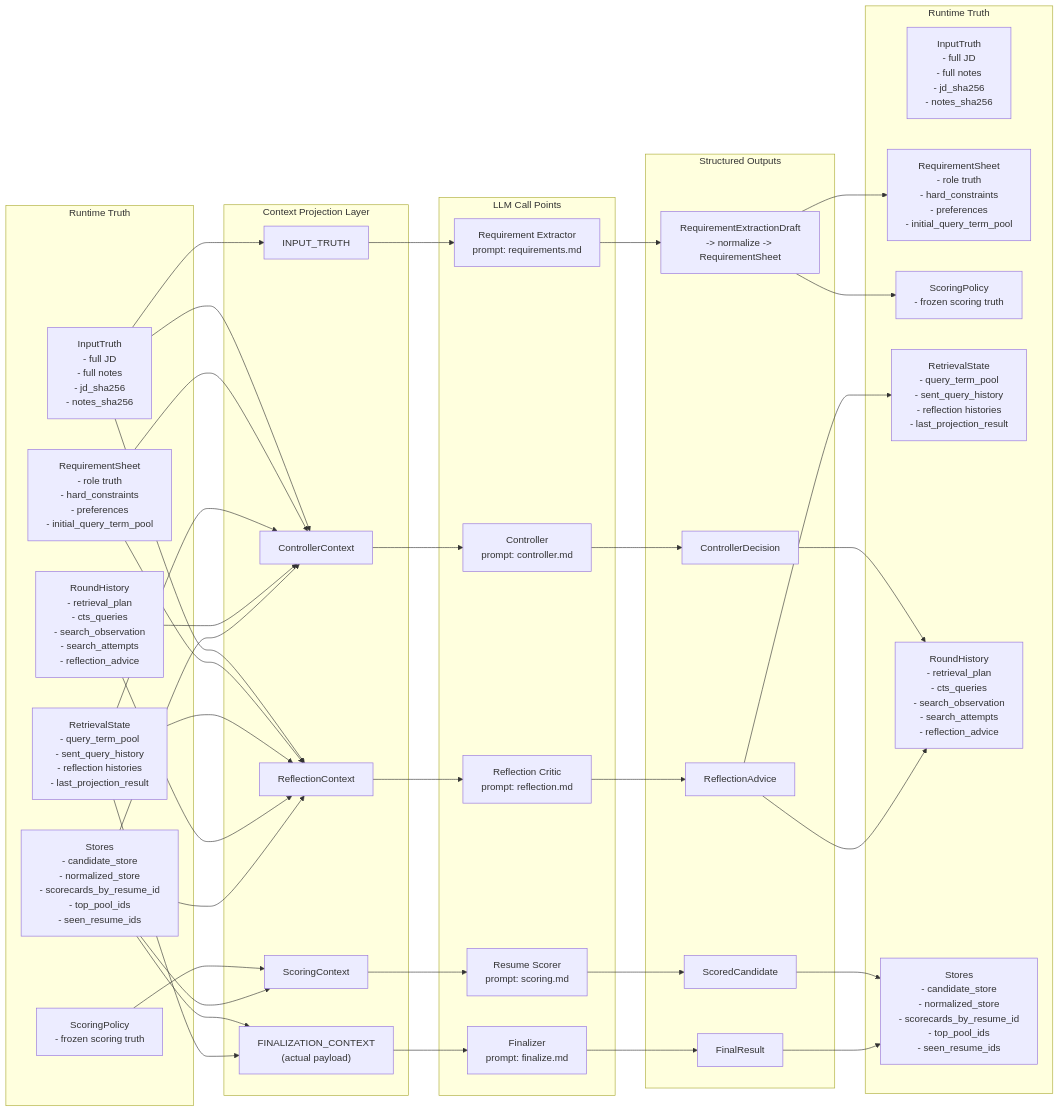
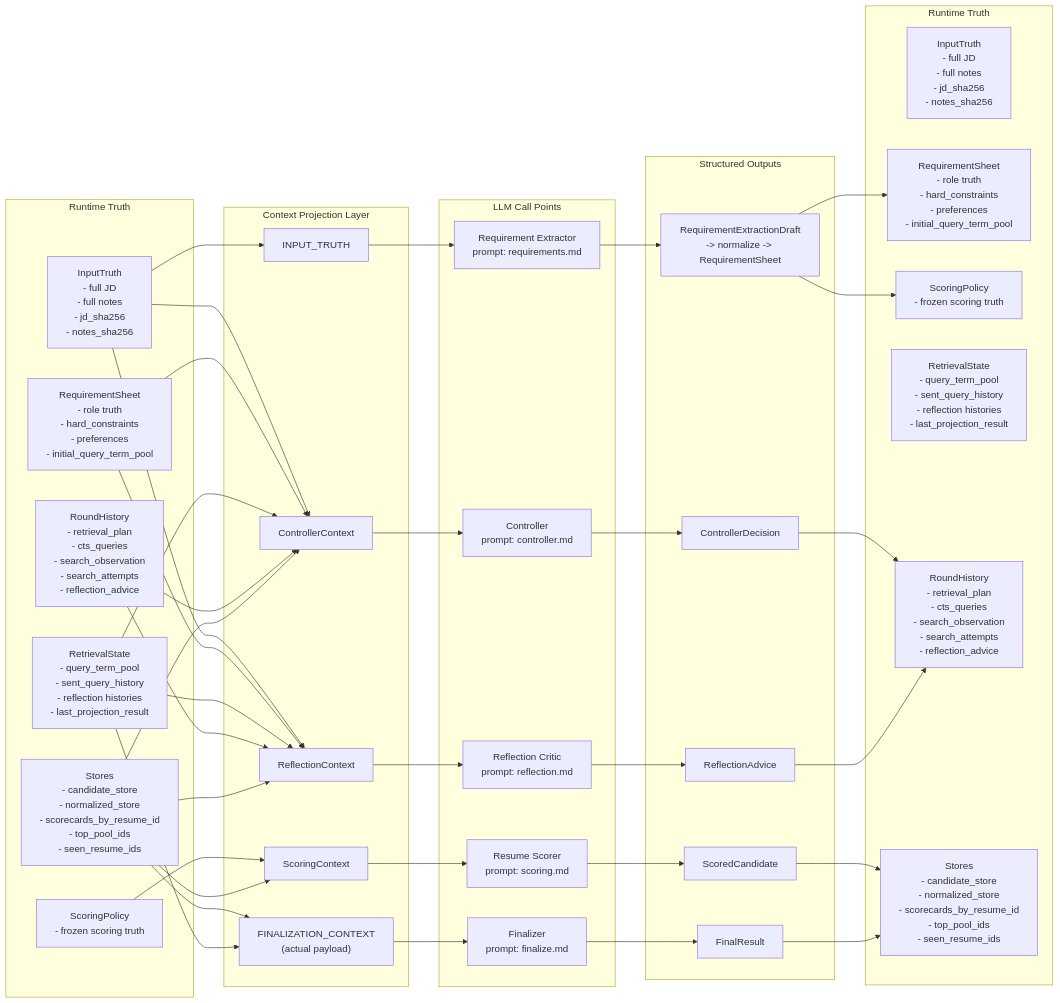
The first of 3 diagrams in docs/v-0.2/llm-context-maps.md (FrankQDWang/cv-match), drawn with Mermaid before and after one commit. The commit also changed other lines of this file, not shown here.

````diff
--- a/docs/v-0.2/llm-context-maps.md
+++ b/docs/v-0.2/llm-context-maps.md
@@ -9,78 +9,77 @@
 ```mermaid
 flowchart LR
     subgraph M["Runtime Truth"]
         IT["InputTruth<br/>- full JD<br/>- full notes<br/>- jd_sha256<br/>- notes_sha256"]
         RS["RequirementSheet<br/>- role truth<br/>- hard_constraints<br/>- preferences<br/>- initial_query_term_pool"]
         SP["ScoringPolicy<br/>- frozen scoring truth"]
         RT["RetrievalState<br/>- query_term_pool<br/>- sent_query_history<br/>- reflection histories<br/>- last_projection_result"]
         RH["RoundHistory<br/>- retrieval_plan<br/>- cts_queries<br/>- search_observation<br/>- search_attempts<br/>- reflection_advice"]
         STORES["Stores<br/>- candidate_store<br/>- normalized_store<br/>- scorecards_by_resume_id<br/>- top_pool_ids<br/>- seen_resume_ids"]
     end
 
     subgraph C["Context Projection Layer"]
         C_REQ["INPUT_TRUTH"]
         C_CTL["ControllerContext"]
         C_SCO["ScoringContext"]
         C_REF["ReflectionContext"]
         C_FIN["FINALIZATION_CONTEXT<br/>(actual payload)"]
     end
 
     subgraph L["LLM Call Points"]
         L_REQ["Requirement Extractor<br/>prompt: requirements.md"]
         L_CTL["Controller<br/>prompt: controller.md"]
         L_SCO["Resume Scorer<br/>prompt: scoring.md"]
         L_REF["Reflection Critic<br/>prompt: reflection.md"]
         L_FIN["Finalizer<br/>prompt: finalize.md"]
     end
 
     subgraph O["Structured Outputs"]
         O_REQ["RequirementExtractionDraft<br/>-> normalize -> RequirementSheet"]
         O_CTL["ControllerDecision"]
         O_SCO["ScoredCandidate"]
         O_REF["ReflectionAdvice"]
         O_FIN["FinalResult"]
     end
 
     subgraph U["Runtime Truth"]
         IT2["InputTruth<br/>- full JD<br/>- full notes<br/>- jd_sha256<br/>- notes_sha256"]
         RS2["RequirementSheet<br/>- role truth<br/>- hard_constraints<br/>- preferences<br/>- initial_query_term_pool"]
         SP2["ScoringPolicy<br/>- frozen scoring truth"]
         RT2["RetrievalState<br/>- query_term_pool<br/>- sent_query_history<br/>- reflection histories<br/>- last_projection_result"]
         RH2["RoundHistory<br/>- retrieval_plan<br/>- cts_queries<br/>- search_observation<br/>- search_attempts<br/>- reflection_advice"]
         STORES2["Stores<br/>- candidate_store<br/>- normalized_store<br/>- scorecards_by_resume_id<br/>- top_pool_ids<br/>- seen_resume_ids"]
     end
 
     IT --> C_REQ
 
     IT --> C_CTL
     RS --> C_CTL
     RT --> C_CTL
     RH --> C_CTL
     STORES --> C_CTL
 
     SP --> C_SCO
     STORES --> C_SCO
 
     IT --> C_REF
     RS --> C_REF
     RT --> C_REF
     RH --> C_REF
     STORES --> C_REF
 
     STORES --> C_FIN
     RT --> C_FIN
 
     C_REQ --> L_REQ --> O_REQ
     C_CTL --> L_CTL --> O_CTL
     C_SCO --> L_SCO --> O_SCO
     C_REF --> L_REF --> O_REF
     C_FIN --> L_FIN --> O_FIN
 
     O_REQ --> RS2
     O_REQ --> SP2
     O_CTL --> RH2
     O_SCO --> STORES2
-    O_REF --> RT2
     O_REF --> RH2
     O_FIN --> STORES2
 ```
````
